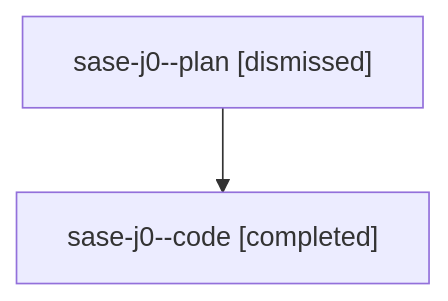
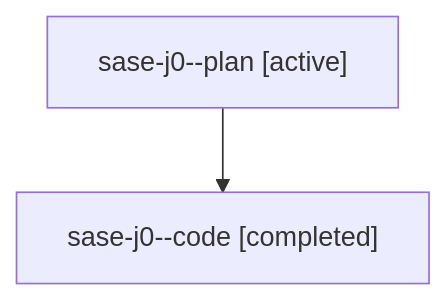
One commit to sase-org/sase--agents changed the diagram in families/bbugyi200.athena.sase-j0.md. Above: the diagram before and after it, drawn with Mermaid. The commit also changed other lines of this file and 35830 other files, not shown here.

````diff
--- a/families/bbugyi200.athena.sase-j0.md
+++ b/families/bbugyi200.athena.sase-j0.md
@@ -9,6 +9,6 @@
 ```mermaid
 flowchart TD
-  n0["sase-j0--plan [dismissed]"]
+  n0["sase-j0--plan [active]"]
   n1["sase-j0--code [completed]"]
   n0 --> n1
 ```
````
